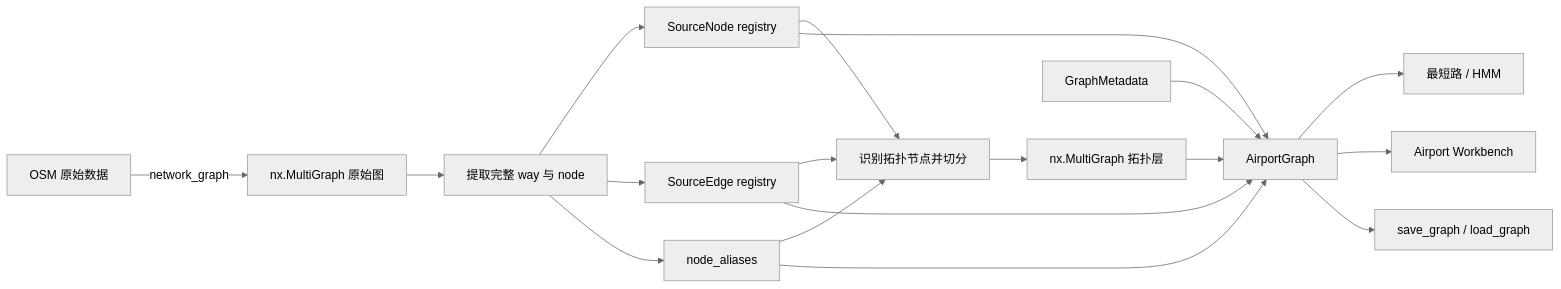
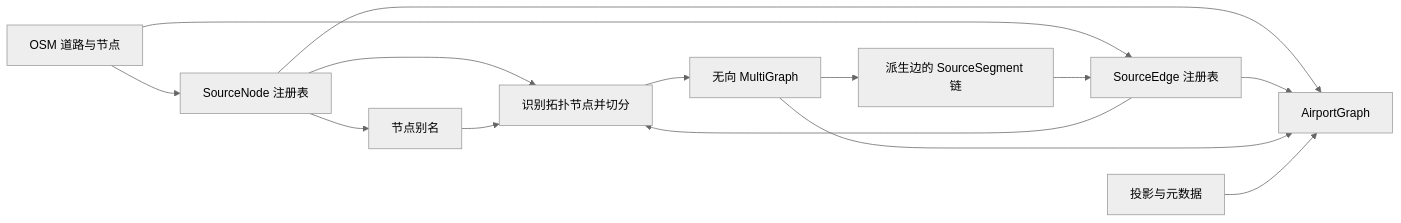
One commit to Zhouxing67/adsb-processing changed the first of 3 diagrams in docs/airport_surface.md. Above: the diagram before and after it, drawn with Mermaid (neutral theme). The commit also changed other lines of this file and 2 other files, not shown here.

Commit message:
Refresh airport graph and map matching docs

````diff
--- a/docs/airport_surface.md
+++ b/docs/airport_surface.md
@@ -68,25 +18,16 @@
 ```mermaid
 flowchart LR
-    OSM[OSM 原始数据] -->|network_graph| Raw[nx.MultiGraph 原始图]
-    Raw --> Extract[提取完整 way 与 node]
-
-    Extract --> SN[SourceNode registry]
-    Extract --> SE[SourceEdge registry]
-    Extract --> Alias[node_aliases]
-
+    OSM[OSM 道路与节点] --> SN[SourceNode 注册表]
+    OSM --> SE[SourceEdge 注册表]
+    SN --> Alias[节点别名]
     SN --> Build[识别拓扑节点并切分]
+    Alias --> Build
     SE --> Build
-    Alias --> Build
-
-    Build --> NX[nx.MultiGraph 拓扑层]
-
-    NX --> AG[AirportGraph]
-    SN --> AG
+    Build --> NX[无向 MultiGraph]
+    NX --> Seg[派生边的 SourceSegment 链]
+    Seg --> SE
+    SN --> AG[AirportGraph]
     SE --> AG
-    Alias --> AG
-    Meta[GraphMetadata] --> AG
-
-    AG --> Route[最短路 / HMM]
-    AG --> WB[Airport Workbench]
-    AG --> JSON[save_graph / load_graph]
+    NX --> AG
+    CRS[投影与元数据] --> AG
 ```
````
